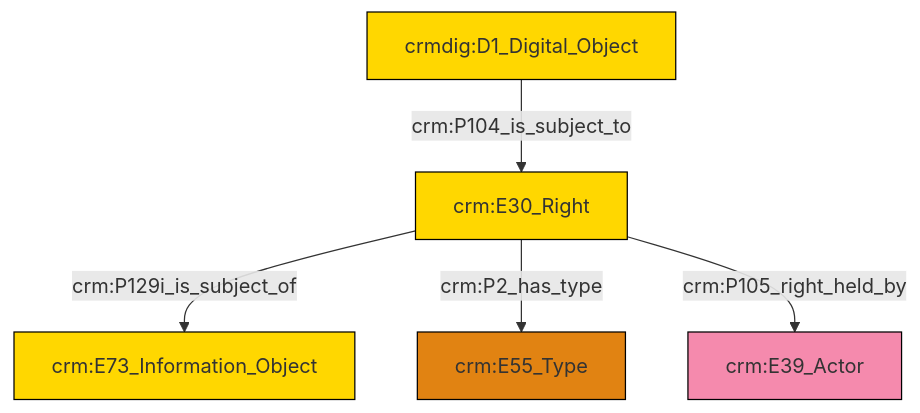
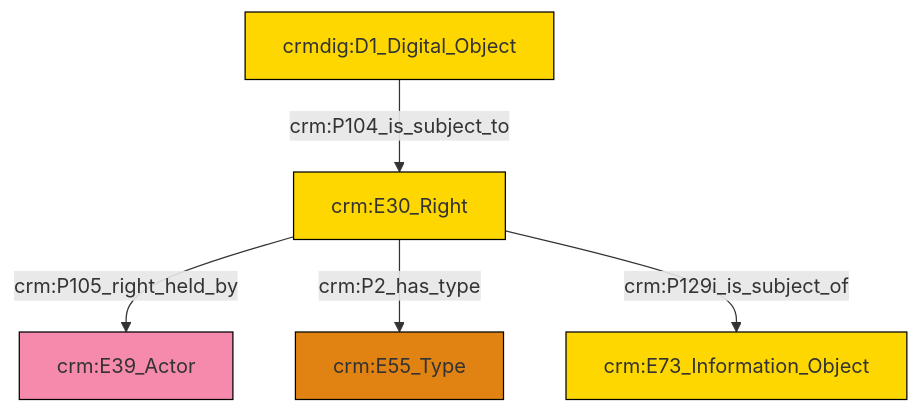
The diagram in et/doCSV/ttl/mmd/do_rights.ttl.mmd (swiss-art-research-net/docs.swissartresearch), drawn with Mermaid before and after one commit. The commit also changed 173 other files, not shown here.

```diff
--- a/et/doCSV/ttl/mmd/do_rights.ttl.mmd
+++ b/et/doCSV/ttl/mmd/do_rights.ttl.mmd
@@ -1,19 +1,19 @@
 graph TD
 classDef Literal fill:#f2f2f2,stroke:#000000;
 classDef CRM_Entity fill:#FFFFFF,stroke:#000000;
 classDef Temporal_Entity fill:#00C9E6, stroke:#000000;
 classDef Type fill:#E18312, stroke:#000000;
 classDef Time-Span fill:#2C9C91, stroke:#000000;
 classDef Appellation fill:#FFEB7F, stroke:#000000;
 classDef Place fill:#008836, stroke:#000000;
 classDef Persistent_Item fill:#B266B2, stroke:#000000;
 classDef Conceptual_Object fill:#FFD700, stroke:#000000;
 classDef Physical_Thing fill:#D2B48C, stroke:#000000;
 classDef Actor fill:#f58aad, stroke:#000000;
 classDef PC_Classes fill:#4ce600, stroke:#000000;
 classDef Multi fill:#cccccc,stroke:#000000;
 
-0["crm:E30_Right"]:::Conceptual_Object -->|crm:P129i_is_subject_of| 1["crm:E73_Information_Object"]:::Conceptual_Object
-0["crm:E30_Right"]:::Conceptual_Object -->|crm:P2_has_type| 2["crm:E55_Type"]:::Type
-4["crmdig:D1_Digital_Object"]:::Conceptual_Object -->|crm:P104_is_subject_to| 0["crm:E30_Right"]:::Conceptual_Object
-0["crm:E30_Right"]:::Conceptual_Object -->|crm:P105_right_held_by| 5["crm:E39_Actor"]:::Actor
+2["crm:E30_Right"]:::Conceptual_Object -->|crm:P105_right_held_by| 0["crm:E39_Actor"]:::Actor
+5["crmdig:D1_Digital_Object"]:::Conceptual_Object -->|crm:P104_is_subject_to| 2["crm:E30_Right"]:::Conceptual_Object
+2["crm:E30_Right"]:::Conceptual_Object -->|crm:P2_has_type| 3["crm:E55_Type"]:::Type
+2["crm:E30_Right"]:::Conceptual_Object -->|crm:P129i_is_subject_of| 7["crm:E73_Information_Object"]:::Conceptual_Object
```
